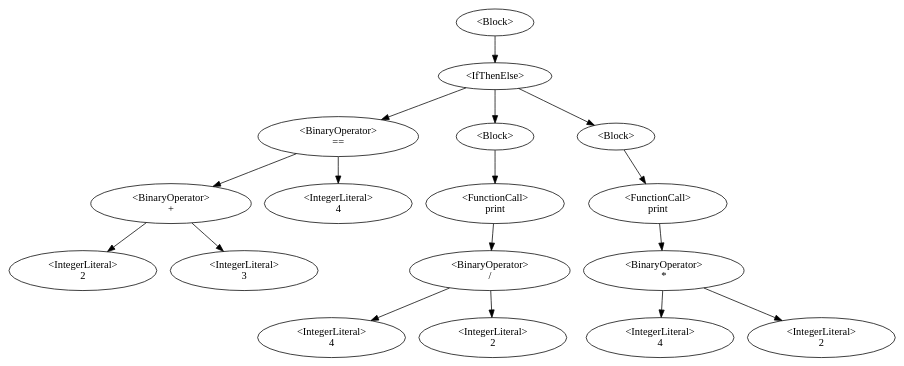
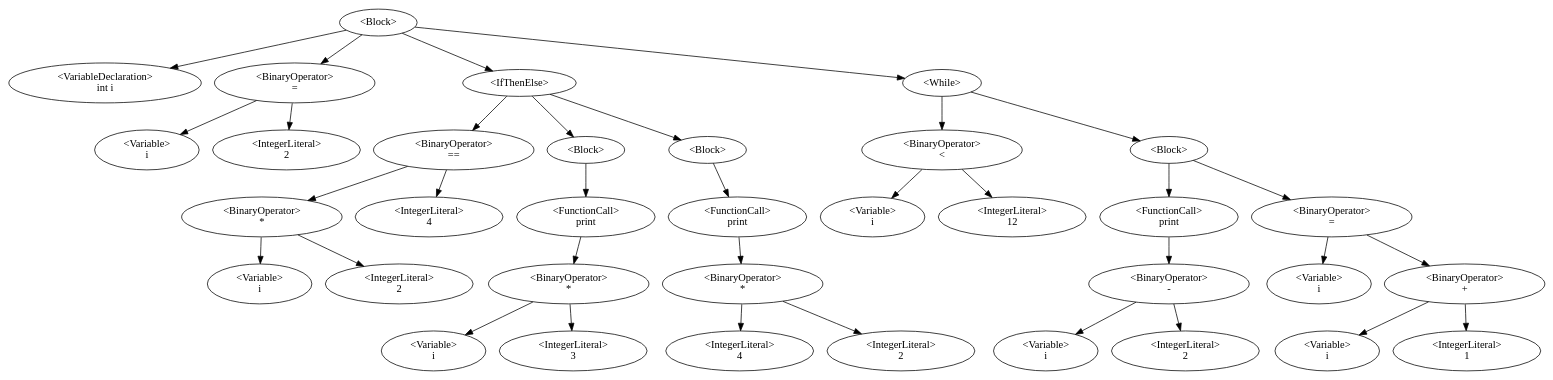
Before and after one commit to QazmoQwerty/dino: the diagram in Dino/Dino/AstDisplay.gv, drawn with Graphviz. The commit also changed 8 other files, not shown here.

```diff
--- a/Dino/Dino/AstDisplay.gv
+++ b/Dino/Dino/AstDisplay.gv
@@ -1,19 +1,37 @@
 digraph G {
-0 [label="<Block>"];0->1;
-1 [label="<IfThenElse>"];1->5;1->7;1->13;
-5 [label="<BinaryOperator>\n=="];5->3;5->6;
-3 [label="<BinaryOperator>\n+"];3->2;3->4;
-2 [label="<IntegerLiteral>\n2"];
-4 [label="<IntegerLiteral>\n3"];
-6 [label="<IntegerLiteral>\n4"];
-7 [label="<Block>"];7->9;
-9 [label="<FunctionCall>\nprint"];9->11;
-11 [label="<BinaryOperator>\n/"];11->10;11->12;
+0 [label="<Block>"];0->1;0->3;0->5;0->23;
+1 [label="<VariableDeclaration>\nint i"];
+3 [label="<BinaryOperator>\n="];3->2;3->4;
+2 [label="<Variable>\ni"];
+4 [label="<IntegerLiteral>\n2"];
+5 [label="<IfThenElse>"];5->9;5->11;5->17;
+9 [label="<BinaryOperator>\n=="];9->7;9->10;
+7 [label="<BinaryOperator>\n*"];7->6;7->8;
+6 [label="<Variable>\ni"];
+8 [label="<IntegerLiteral>\n2"];
 10 [label="<IntegerLiteral>\n4"];
-12 [label="<IntegerLiteral>\n2"];
-13 [label="<Block>"];13->15;
-15 [label="<FunctionCall>\nprint"];15->17;
-17 [label="<BinaryOperator>\n*"];17->16;17->18;
-16 [label="<IntegerLiteral>\n4"];
-18 [label="<IntegerLiteral>\n2"];
+11 [label="<Block>"];11->13;
+13 [label="<FunctionCall>\nprint"];13->15;
+15 [label="<BinaryOperator>\n*"];15->14;15->16;
+14 [label="<Variable>\ni"];
+16 [label="<IntegerLiteral>\n3"];
+17 [label="<Block>"];17->19;
+19 [label="<FunctionCall>\nprint"];19->21;
+21 [label="<BinaryOperator>\n*"];21->20;21->22;
+20 [label="<IntegerLiteral>\n4"];
+22 [label="<IntegerLiteral>\n2"];
+23 [label="<While>"];23->25;23->27;
+25 [label="<BinaryOperator>\n<"];25->24;25->26;
+24 [label="<Variable>\ni"];
+26 [label="<IntegerLiteral>\n12"];
+27 [label="<Block>"];27->29;27->34;
+29 [label="<FunctionCall>\nprint"];29->31;
+31 [label="<BinaryOperator>\n-"];31->30;31->32;
+30 [label="<Variable>\ni"];
+32 [label="<IntegerLiteral>\n2"];
+34 [label="<BinaryOperator>\n="];34->33;34->36;
+33 [label="<Variable>\ni"];
+36 [label="<BinaryOperator>\n+"];36->35;36->37;
+35 [label="<Variable>\ni"];
+37 [label="<IntegerLiteral>\n1"];
 }
```
